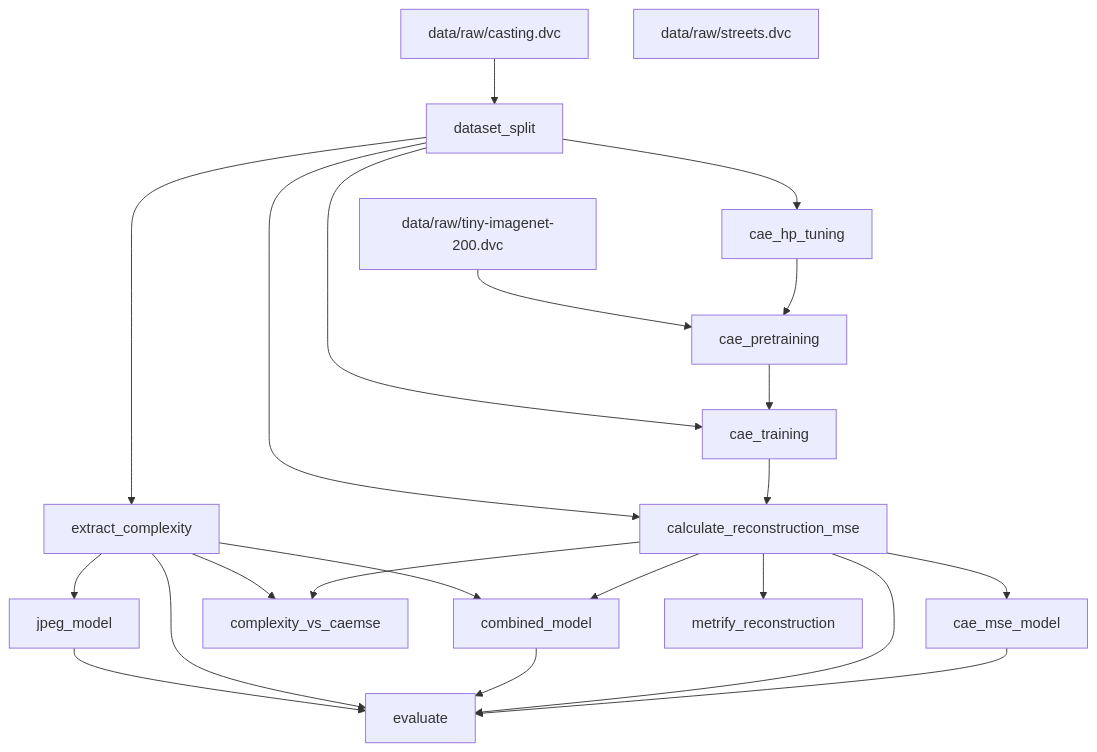
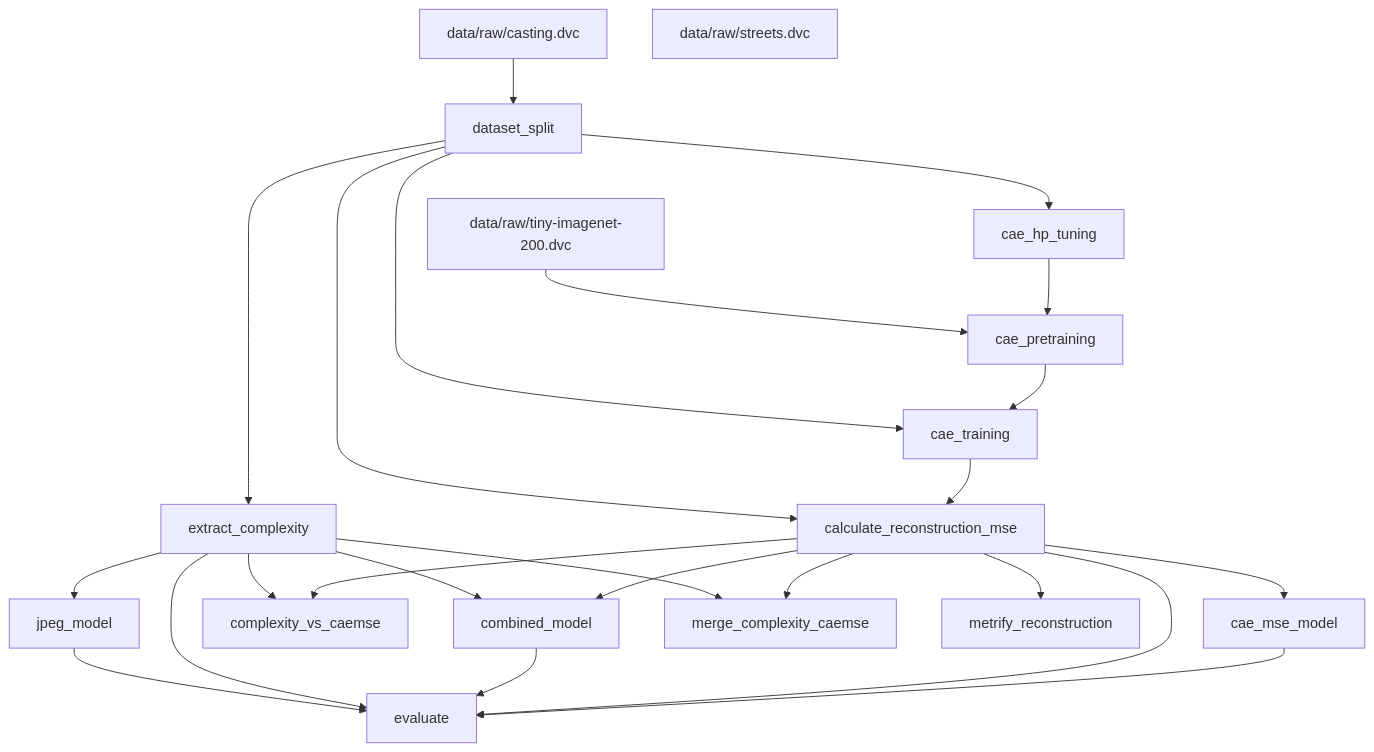
One commit to alexsandercaac/img-complexity-cae changed the diagram in visualisation/dag.md. Above: the diagram before and after it, drawn with Mermaid. The commit also changed 15 other files, not shown here.

````diff
--- a/visualisation/dag.md
+++ b/visualisation/dag.md
@@ -1,39 +1,42 @@
 ```mermaid
 flowchart TD
 	node1["cae_hp_tuning"]
 	node2["cae_mse_model"]
 	node3["cae_pretraining"]
 	node4["cae_training"]
 	node5["calculate_reconstruction_mse"]
 	node6["combined_model"]
 	node7["complexity_vs_caemse"]
 	node8["data/raw/casting.dvc"]
 	node9["data/raw/tiny-imagenet-200.dvc"]
 	node10["dataset_split"]
 	node11["evaluate"]
 	node12["extract_complexity"]
 	node13["jpeg_model"]
-	node14["metrify_reconstruction"]
+	node14["merge_complexity_caemse"]
+	node15["metrify_reconstruction"]
 	node1-->node3
 	node2-->node11
 	node3-->node4
 	node4-->node5
 	node5-->node2
 	node5-->node6
 	node5-->node7
 	node5-->node11
 	node5-->node14
+	node5-->node15
 	node6-->node11
 	node8-->node10
 	node9-->node3
 	node10-->node1
 	node10-->node4
 	node10-->node5
 	node10-->node12
 	node12-->node6
 	node12-->node7
 	node12-->node11
 	node12-->node13
+	node12-->node14
 	node13-->node11
-	node15["data/raw/streets.dvc"]
+	node16["data/raw/streets.dvc"]
 ```
````
